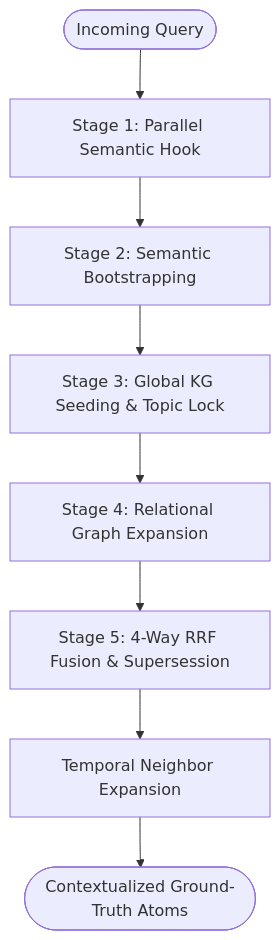
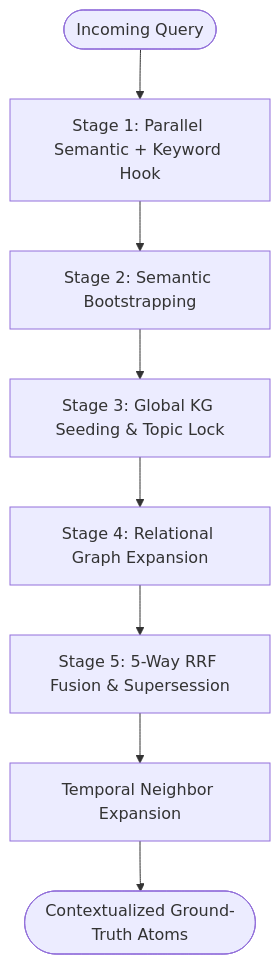
Before and after one commit to jersobh/epochdb: the diagram in docs/guide/retrieval-pipeline.md, drawn with Mermaid. The commit also changed other lines of this file and 18 other files, not shown here.

````diff
--- a/docs/guide/retrieval-pipeline.md
+++ b/docs/guide/retrieval-pipeline.md
@@ -13,10 +13,10 @@
 ```mermaid
 flowchart TD
-    Q([Incoming Query]) --> S1[Stage 1: Parallel Semantic Hook]
+    Q([Incoming Query]) --> S1[Stage 1: Parallel Semantic + Keyword Hook]
     S1 --> S2[Stage 2: Semantic Bootstrapping]
     S2 --> S3[Stage 3: Global KG Seeding & Topic Lock]
     S3 --> S4[Stage 4: Relational Graph Expansion]
-    S4 --> S5[Stage 5: 4-Way RRF Fusion & Supersession]
+    S4 --> S5[Stage 5: 5-Way RRF Fusion & Supersession]
     S5 --> Exp[Temporal Neighbor Expansion]
     Exp --> Out([Contextualized Ground-Truth Atoms])
 ```
````
